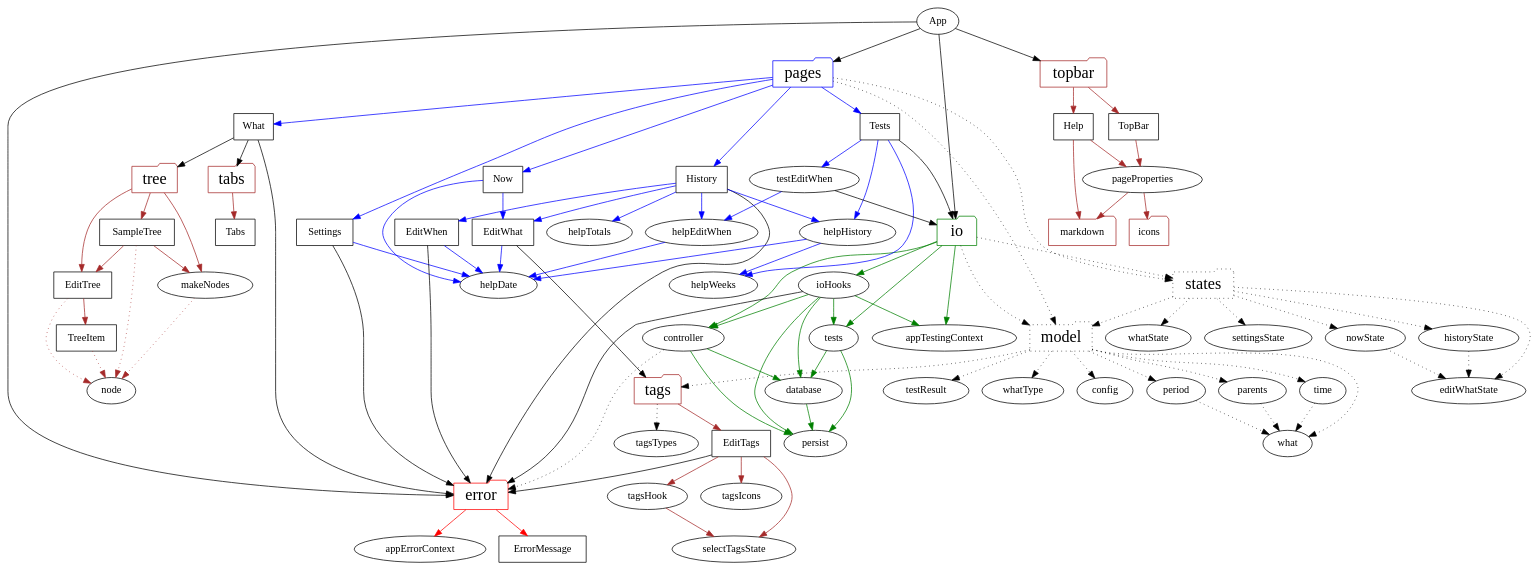
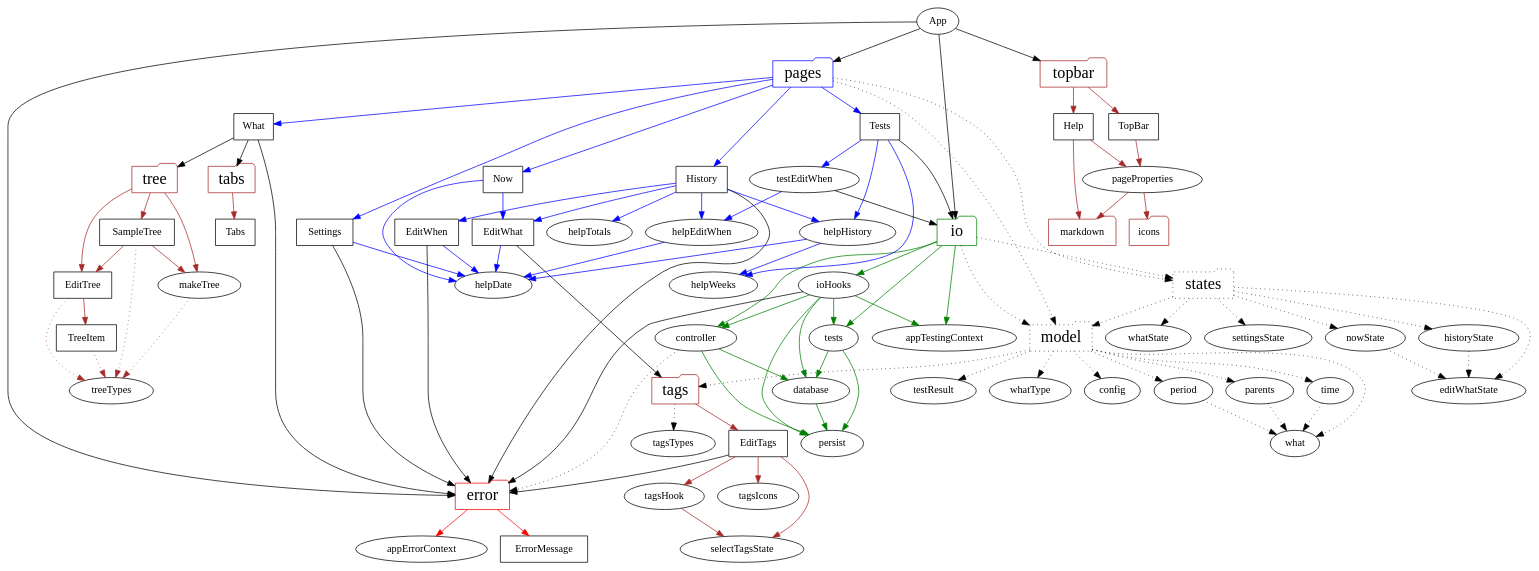
The diagram in dependencies/dependencies.dot (cwellsx/time), drawn with Graphviz before and after one commit. The commit also changed 7 other files, not shown here.

```diff
--- a/dependencies/dependencies.dot
+++ b/dependencies/dependencies.dot
@@ -1,107 +1,107 @@
 digraph SRC {
   "App" -> {"error" "io" "pages" "topbar"};
 
   "error" [shape=folder, color=red, fontsize="22pt"];
   "io" [shape=folder, color=green, fontsize="22pt"];
   "model" [shape=folder, fontsize="22pt"] [style=dotted];
   "pages" [shape=folder, color=blue, fontsize="22pt"];
   "states" [shape=folder, fontsize="22pt"] [style=dotted];
   "tabs" [shape=folder, color=brown, fontsize="22pt"];
   "tags" [shape=folder, color=brown, fontsize="22pt"];
   "topbar" [shape=folder, color=brown, fontsize="22pt"];
   "tree" [shape=folder, color=brown, fontsize="22pt"];
   "icons" [shape=folder, color=brown];
   "markdown" [shape=folder, color=brown];
   
   "error" -> {"ErrorMessage" "appErrorContext"} [color=red];
   "ErrorMessage" [shape=rect];
   "ErrorMessage" -> {};
   "appErrorContext" -> {};
 
   "io" -> {"controller" "ioHooks" "tests" "appTestingContext"} [color=green];
   "io" -> {"model" "states"} [style=dotted];
   "controller" -> {"persist" "database"} [color=green];
   "controller" -> {"error"} [style=dotted];
   "database" -> {"persist"} [color=green];
   "ioHooks" -> {"controller" "database" "persist" "tests" "appTestingContext"} [color=green];
   "ioHooks" -> {"error"};
   "tests" -> {"database" "persist"} [color=green];
   "persist" -> {}
   "appTestingContext" -> {};
 
   "model" -> {"config" "period" "testResult" "parents" "time" "tags" "whatType" "what"} [style=dotted];
   "config" -> {} [style=dotted];
   "period" -> {"what"} [style=dotted];
   "testResult" -> {} [style=dotted];
   "time" -> {"what"} [style=dotted];
   "parents" -> {"what"} [style=dotted];
   "what" -> {} [style=dotted];
   "whatType" -> {} [style=dotted];
 
   "pages" -> {"Now" "What" "History" "Settings" "Tests"} [color=blue];
   "Now" [shape=rect];
   "What" [shape=rect];
   "History" [shape=rect];
   "Settings" [shape=rect];
   "Tests" [shape=rect];
   "EditWhat" [shape=rect];
   "EditWhen" [shape=rect];
   "pages" -> {"model" "states"} [style=dotted];
   "helpDate" -> {};
   "helpWeeks" -> {};
   "helpTotals" -> {};
   "Now" -> {"helpDate" "EditWhat"} [color=blue];
   "What" -> {"tabs" "error" "tree"};
   "History" -> {"helpHistory" "helpTotals" "EditWhat" "EditWhen" "helpEditWhen"} [color=blue];
   "History" -> {"error"};
   "Settings" -> {"helpDate"} [color=blue];
   "Settings" -> {"error"};
   "Tests" -> {"helpWeeks" "helpHistory" "testEditWhen"} [color=blue];
   "Tests" -> {"io"};
   "helpHistory" -> {"helpWeeks" "helpDate"} [color=blue];
   "testEditWhen" -> {"helpEditWhen"} [color=blue];
   "testEditWhen" -> {"io"};
   "helpEditWhen" -> {"helpDate"} [color=blue];
   "EditWhat" -> {"helpDate"} [color=blue]
   "EditWhat" -> {"tags"};
   "EditWhen" -> {"helpDate"} [color=blue]
   "EditWhen" -> {"error"}
 
   "states" -> {"nowState" "whatState" "historyState" "settingsState" "editWhatState" "model"} [style=dotted];
   "nowState" -> {"editWhatState"} [style=dotted];
   "whatState" -> {} [style=dotted];
   "historyState" -> {"editWhatState"} [style=dotted];
   "settingsState" -> {} [style=dotted];
   "editWhatState" -> {} [style=dotted];
 
   "tabs" -> {"Tabs"} [color=brown];
   "Tabs" [shape=rect];
   "Tabs" -> {};
 
-  "tree" -> {"EditTree" "SampleTree" "makeNodes"} [color=brown];
+  "tree" -> {"EditTree" "SampleTree" "makeTree"} [color=brown];
   "EditTree" [shape=rect];
   "SampleTree" [shape=rect];
   "TreeItem" [shape=rect];
-  "EditTree" -> {"node"} [style=dotted, color=brown];
+  "EditTree" -> {"treeTypes"} [style=dotted, color=brown];
   "EditTree" -> {"TreeItem"} [color=brown];
-  "TreeItem" -> {"node"} [style=dotted, color=brown];
-  "SampleTree" -> {"EditTree" "makeNodes"} [color=brown];
-  "SampleTree" -> {"node"} [style=dotted, color=brown];
-  "makeNodes" -> {"node"} [style=dotted, color=brown];
+  "TreeItem" -> {"treeTypes"} [style=dotted, color=brown];
+  "SampleTree" -> {"EditTree" "makeTree"} [color=brown];
+  "SampleTree" -> {"treeTypes"} [style=dotted, color=brown];
+  "makeTree" -> {"treeTypes"} [style=dotted, color=brown];
 
   "tags" -> {"EditTags"} [color=brown];
   "tags" -> {"tagsTypes"} [style=dotted];
   "EditTags" [shape=rect];
   "EditTags" -> {"selectTagsState" "tagsHook" "tagsIcons"} [color=brown];
   "EditTags" -> {"error"};
   "tagsHook" -> {"selectTagsState"} [color=brown];
   "tagsIcons" -> {};
   "tagsTypes" -> {} [style=dotted, color=brown];
 
   "topbar" -> {"TopBar" "Help"} [color=brown];
   "TopBar" [shape=rect];
   "Help" [shape=rect];
   "TopBar" -> {"pageProperties"} [color=brown];
   "pageProperties" -> {"markdown" "icons"} [color=brown];
   "Help" -> {"markdown" "pageProperties"} [color=brown];
 }
```
